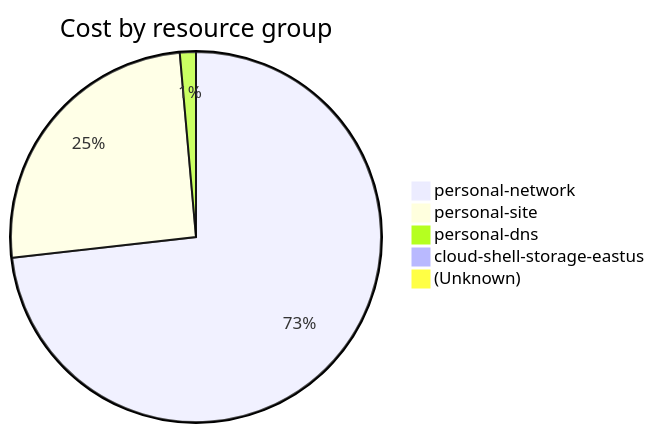
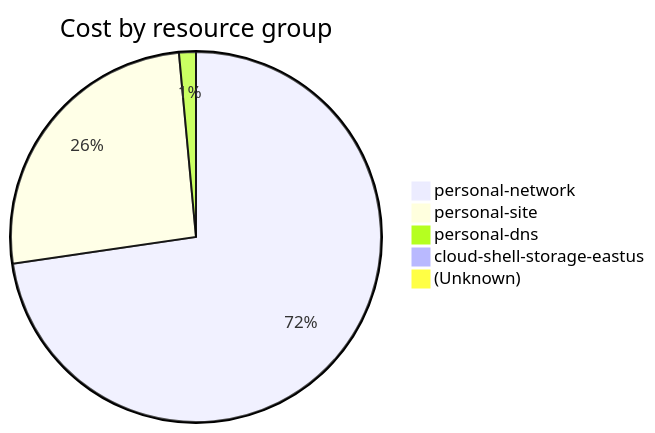
The fourth of 4 diagrams in cost-reports/accumulated-cost.md (jpfulton/azure-personal-reports), drawn with Mermaid before and after one commit. The commit also changed other lines of this file and 4 other files, not shown here.

````diff
--- a/cost-reports/accumulated-cost.md
+++ b/cost-reports/accumulated-cost.md
@@ -153,9 +155,9 @@
 ```mermaid
 pie
    title Cost by resource group
-   "personal-network" : 8.36
-   "personal-site" : 2.90
-   "personal-dns" : 0.16
-   "cloud-shell-storage-eastus" : 0.05
-   "(Unknown)" : 0.04
+   "personal-network" : 9.88
+   "personal-site" : 3.51
+   "personal-dns" : 0.20
+   "cloud-shell-storage-eastus" : 0.06
+   "(Unknown)" : 0.05
 ```
````
